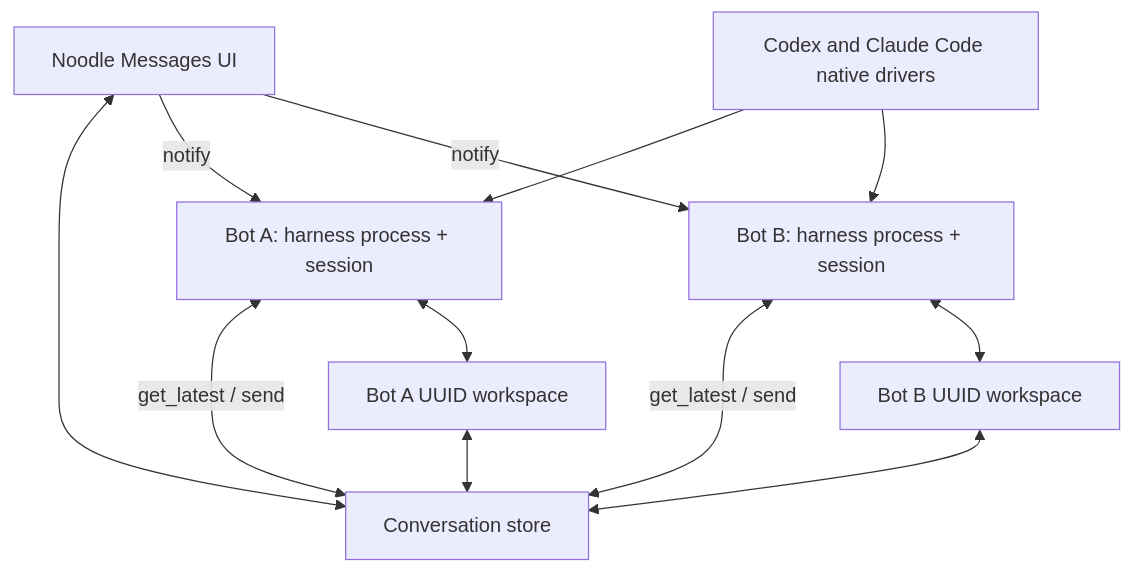
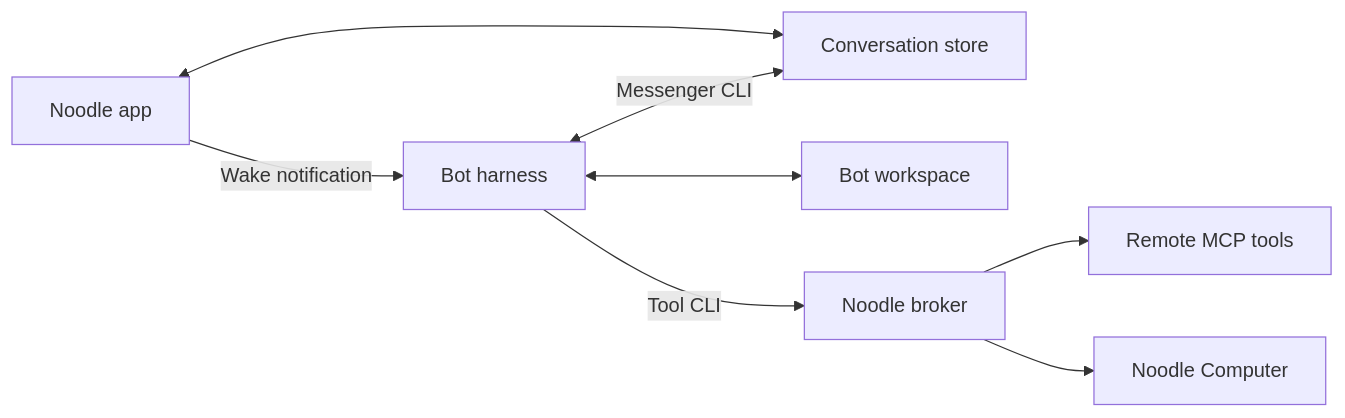
The diagram in docs/architecture.md (pdparchitect/noodle), drawn with Mermaid before and after one commit. The commit also changed other lines of this file and 23 other files, not shown here.

````diff
--- a/docs/architecture.md
+++ b/docs/architecture.md
@@ -8,22 +7,10 @@
 ```mermaid
-flowchart TB
-    UI[Noodle Messages UI]
-    STORE[Conversation store]
-    DRIVERS[Codex and Claude Code native drivers]
-    A[Bot A: harness process + session]
-    B[Bot B: harness process + session]
-    AW[Bot A UUID workspace]
-    BW[Bot B UUID workspace]
-
-    UI <--> STORE
-    UI -->|notify| A
-    UI -->|notify| B
-    DRIVERS --> A
-    DRIVERS --> B
-    A <-->|get_latest / send| STORE
-    B <-->|get_latest / send| STORE
-    A <--> AW
-    B <--> BW
-    AW <--> STORE
-    BW <--> STORE
+flowchart LR
+    UI[Noodle app] <--> Store[Conversation store]
+    UI -->|Wake notification| Bot[Bot harness]
+    Bot <-->|Messenger CLI| Store
+    Bot <--> Workspace[Bot workspace]
+    Bot -->|Tool CLI| Broker[Noodle broker]
+    Broker --> MCP[Remote MCP tools]
+    Broker --> Computer[Noodle Computer]
 ```
````
